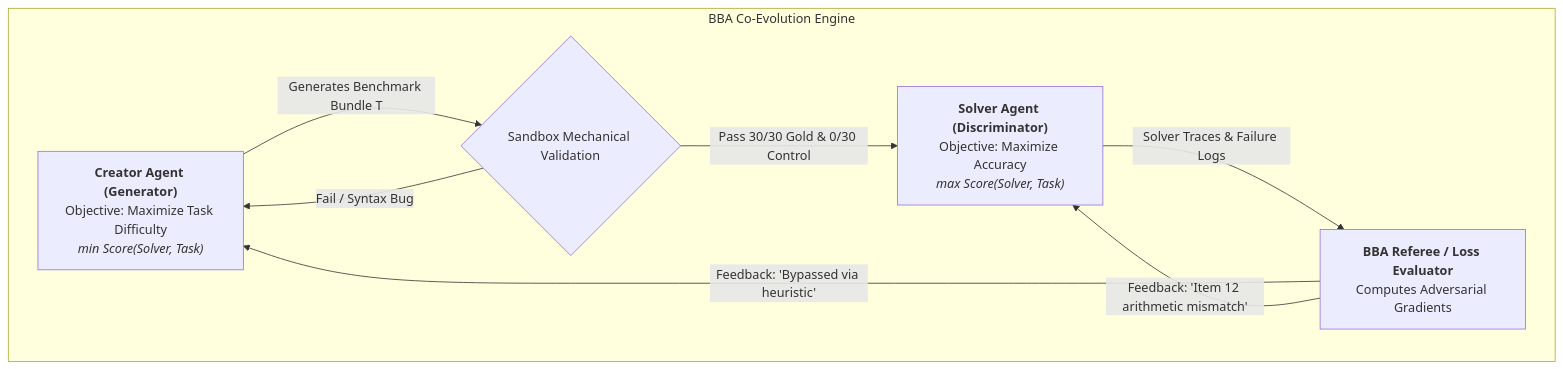
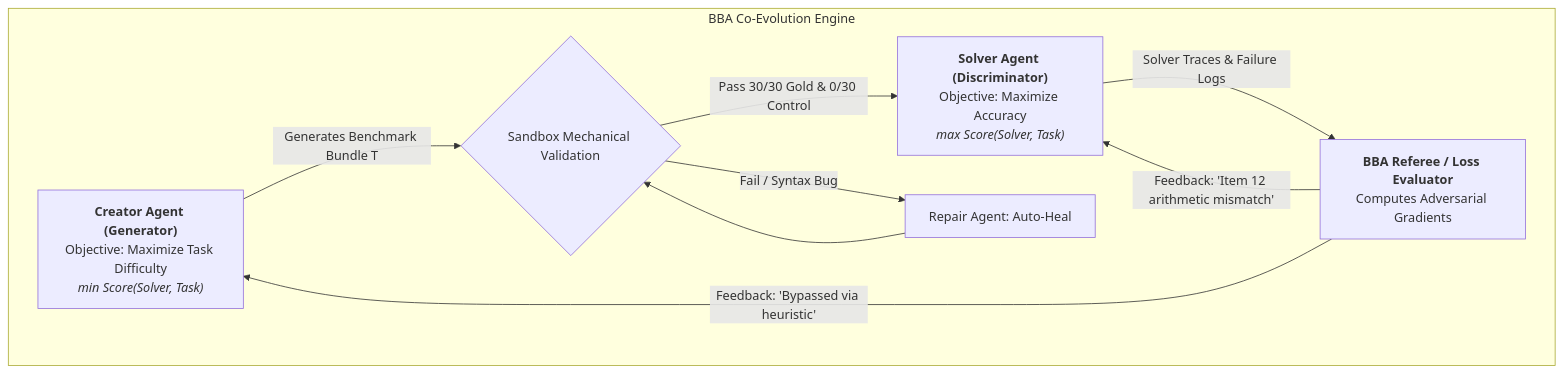
The diagram in README.md (ericfzhu/BenchBenchAgent), drawn with Mermaid before and after one commit. The commit also changed other lines of this file, not shown here.

Commit message:
docs: update specification for BenchBenchAgent and add project config

````diff
--- a/README.md
+++ b/README.md
@@ -17,11 +17,12 @@
 ```mermaid
 flowchart TD
     subgraph BBA Co-Evolution Engine
         A["<b>Creator Agent (Generator)</b><br/>Objective: Maximize Task Difficulty<br/><i>min Score(Solver, Task)</i>"] -->|Generates Benchmark Bundle T| B{Sandbox Mechanical Validation}
         B -->|Pass 30/30 Gold & 0/30 Control| C["<b>Solver Agent (Discriminator)</b><br/>Objective: Maximize Accuracy<br/><i>max Score(Solver, Task)</i>"]
-        B -->|Fail / Syntax Bug| A
-        C -->|Solver Traces & Failure Logs| D["<b>BBA Referee / Loss Evaluator</b><br/>Computes Adversarial Gradients"]
-        D -->|Feedback: 'Bypassed via heuristic'| A
-        D -->|Feedback: 'Item 12 arithmetic mismatch'| C
+        B -->|Fail / Syntax Bug| D[Repair Agent: Auto-Heal]
+        D --> B
+        C -->|Solver Traces & Failure Logs| E["<b>BBA Referee / Loss Evaluator</b><br/>Computes Adversarial Gradients"]
+        E -->|Feedback: 'Bypassed via heuristic'| A
+        E -->|Feedback: 'Item 12 arithmetic mismatch'| C
     end
 ```
````
